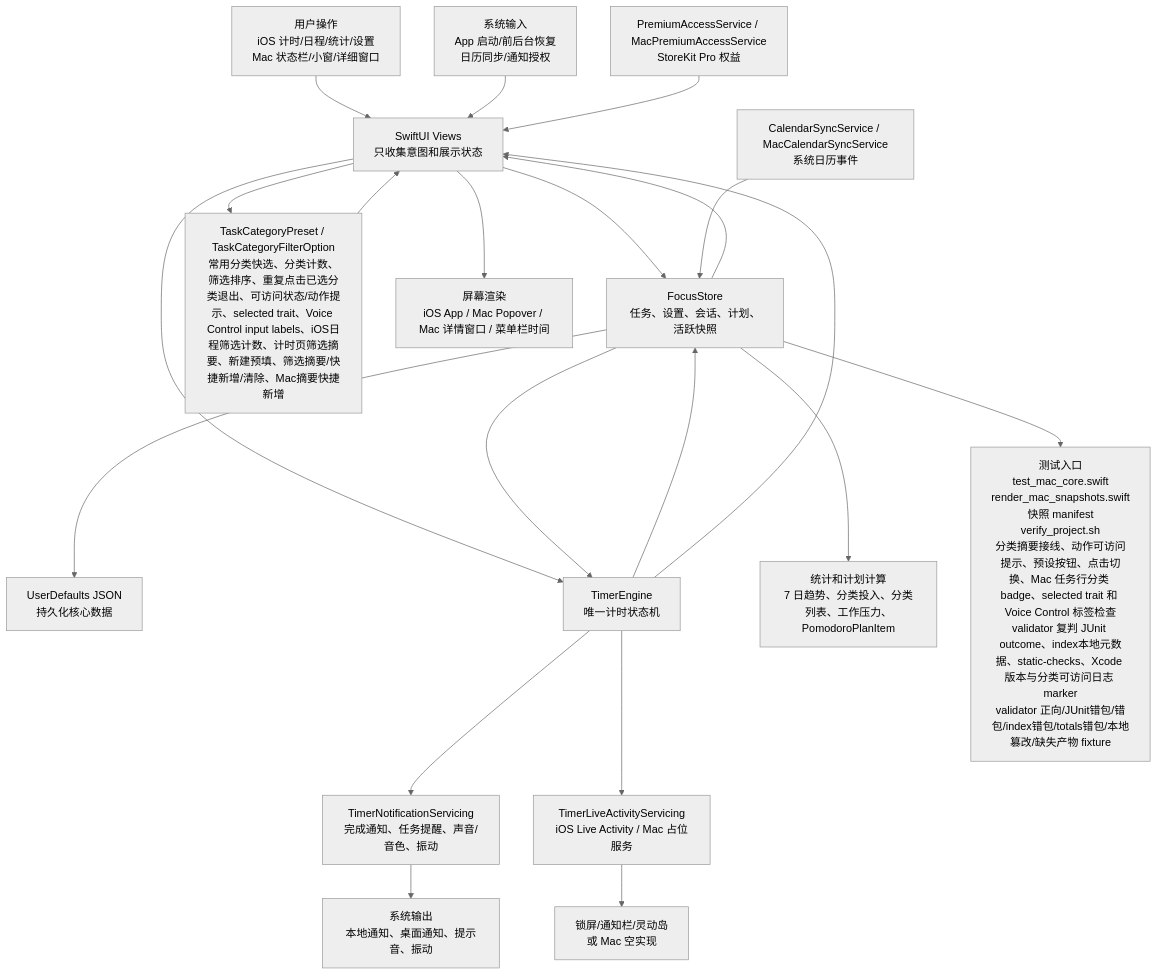
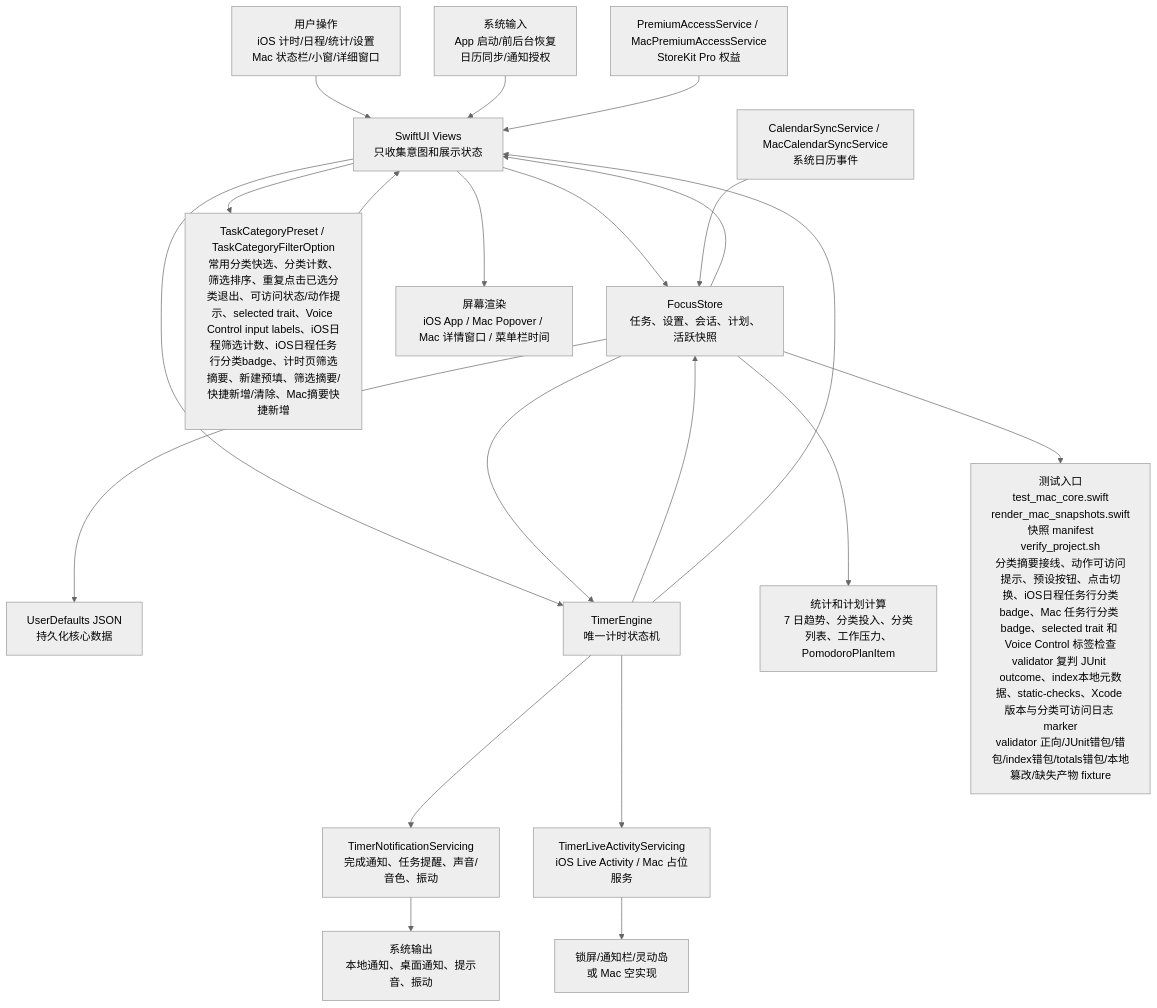
The first of 6 diagrams in md/flow/flowchart.md (Altman-sam114/114), drawn with Mermaid (neutral theme) before and after one commit. The commit also changed 7 other files, not shown here.

````diff
--- a/md/flow/flowchart.md
+++ b/md/flow/flowchart.md
@@ -9,23 +9,23 @@
 ```mermaid
 flowchart TD
   U["用户操作<br/>iOS 计时/日程/统计/设置<br/>Mac 状态栏/小窗/详细窗口"] --> V["SwiftUI Views<br/>只收集意图和展示状态"]
   SYS["系统输入<br/>App 启动/前后台恢复<br/>日历同步/通知授权"] --> V
   V --> S["FocusStore<br/>任务、设置、会话、计划、活跃快照"]
-  V --> CAT["TaskCategoryPreset / TaskCategoryFilterOption<br/>常用分类快选、分类计数、筛选排序、重复点击已选分类退出、可访问状态/动作提示、selected trait、Voice Control input labels、iOS日程筛选计数、计时页筛选摘要、新建预填、筛选摘要/快捷新增/清除、Mac摘要快捷新增"]
+  V --> CAT["TaskCategoryPreset / TaskCategoryFilterOption<br/>常用分类快选、分类计数、筛选排序、重复点击已选分类退出、可访问状态/动作提示、selected trait、Voice Control input labels、iOS日程筛选计数、iOS日程任务行分类badge、计时页筛选摘要、新建预填、筛选摘要/快捷新增/清除、Mac摘要快捷新增"]
   CAT --> V
   S --> P["UserDefaults JSON<br/>持久化核心数据"]
   V --> E["TimerEngine<br/>唯一计时状态机"]
   S --> E
   E --> S
   E --> N["TimerNotificationServicing<br/>完成通知、任务提醒、声音/音色、振动"]
   E --> L["TimerLiveActivityServicing<br/>iOS Live Activity / Mac 占位服务"]
   S --> C["统计和计划计算<br/>7 日趋势、分类投入、分类列表、工作压力、PomodoroPlanItem"]
   CAL["CalendarSyncService / MacCalendarSyncService<br/>系统日历事件"] --> S
   PRO["PremiumAccessService / MacPremiumAccessService<br/>StoreKit Pro 权益"] --> V
   S --> V
   E --> V
   V --> OUT["屏幕渲染<br/>iOS App / Mac Popover / Mac 详情窗口 / 菜单栏时间"]
   N --> OUT2["系统输出<br/>本地通知、桌面通知、提示音、振动"]
   L --> OUT3["锁屏/通知栏/灵动岛<br/>或 Mac 空实现"]
-  S --> T["测试入口<br/>test_mac_core.swift<br/>render_mac_snapshots.swift<br/>快照 manifest<br/>verify_project.sh<br/>分类摘要接线、动作可访问提示、预设按钮、点击切换、Mac 任务行分类 badge、selected trait 和 Voice Control 标签检查<br/>validator 复判 JUnit outcome、index本地元数据、static-checks、Xcode 版本与分类可访问日志 marker<br/>validator 正向/JUnit错包/错包/index错包/totals错包/本地篡改/缺失产物 fixture"]
+  S --> T["测试入口<br/>test_mac_core.swift<br/>render_mac_snapshots.swift<br/>快照 manifest<br/>verify_project.sh<br/>分类摘要接线、动作可访问提示、预设按钮、点击切换、iOS日程任务行分类badge、Mac 任务行分类 badge、selected trait 和 Voice Control 标签检查<br/>validator 复判 JUnit outcome、index本地元数据、static-checks、Xcode 版本与分类可访问日志 marker<br/>validator 正向/JUnit错包/错包/index错包/totals错包/本地篡改/缺失产物 fixture"]
 ```
````
